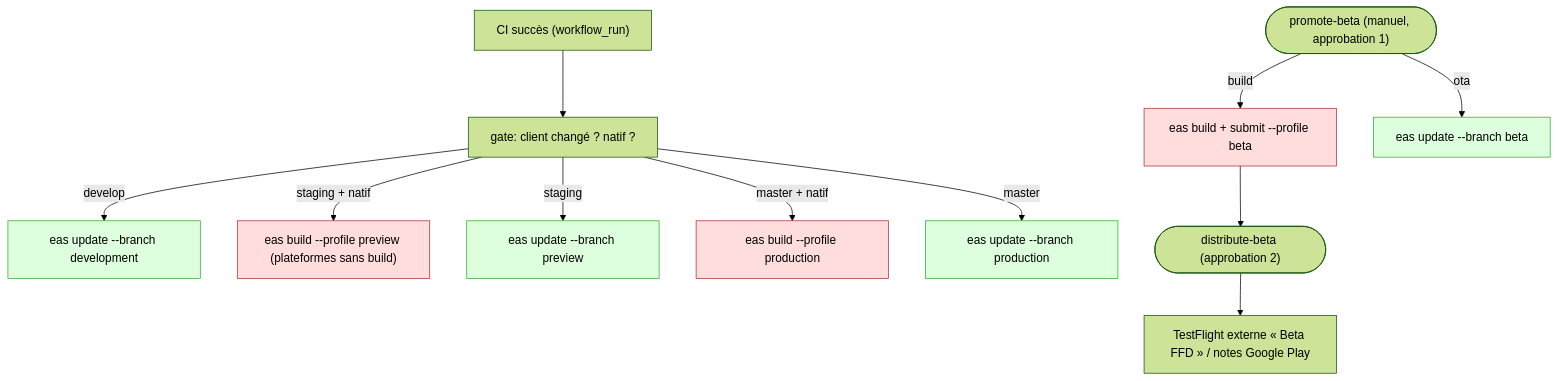
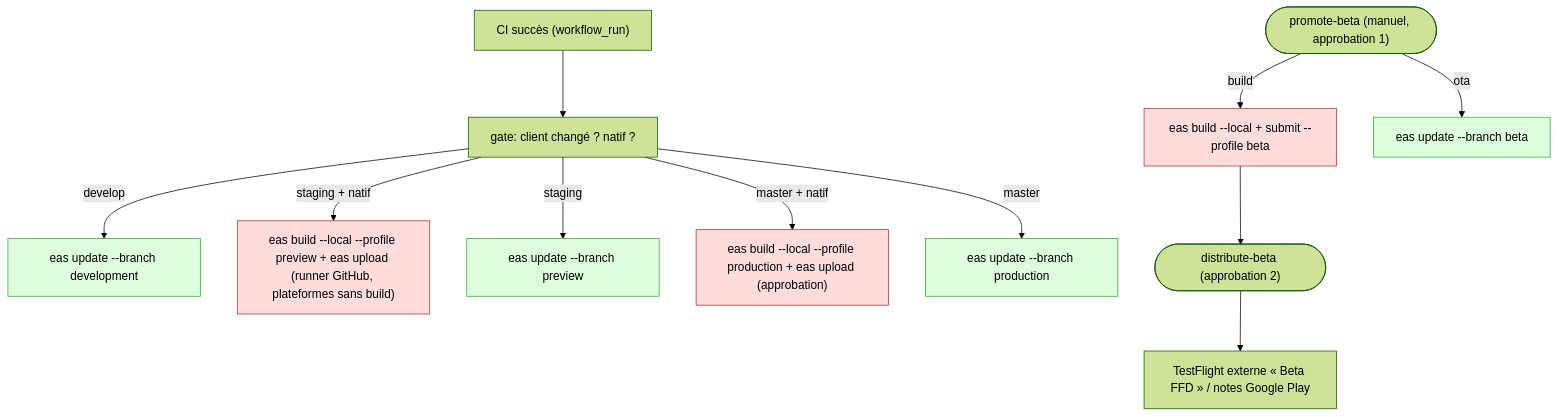
One commit to SIMOND-ANCE-BROS/FFD-Connect changed the fourth of 5 diagrams in docs/exploitation/ci-cd.md. Above: the diagram before and after it, drawn with Mermaid (forest theme). The commit also changed other lines of this file and 3 other files, not shown here.

First line of the commit message:
ci(eas): build preview and production natively on GitHub runners

````diff
--- a/docs/exploitation/ci-cd.md
+++ b/docs/exploitation/ci-cd.md
@@ -232,18 +236,18 @@
 ```mermaid
 flowchart TD
     ci["CI succès (workflow_run)"] --> g["gate: client changé ? natif ?"]
     g -->|develop| d1["eas update --branch development"]
-    g -->|staging + natif| s1["eas build --profile preview (plateformes sans build)"]
+    g -->|staging + natif| s1["eas build --local --profile preview + eas upload (runner GitHub, plateformes sans build)"]
     g -->|staging| s2["eas update --branch preview"]
-    g -->|master + natif| m1["eas build --profile production"]
+    g -->|master + natif| m1["eas build --local --profile production + eas upload (approbation)"]
     g -->|master| m2["eas update --branch production"]
-    manual(["promote-beta (manuel, approbation 1)"]) -->|build| b1["eas build + submit --profile beta"]
+    manual(["promote-beta (manuel, approbation 1)"]) -->|build| b1["eas build --local + submit --profile beta"]
     b1 --> dist(["distribute-beta (approbation 2)"])
     dist --> b3["TestFlight externe « Beta FFD » / notes Google Play"]
     manual -->|ota| b2["eas update --branch beta"]
 
     classDef ota fill:#dfd,stroke:#3a3;
     classDef native fill:#fdd,stroke:#a33;
     class d1,s2,m2,b2 ota;
     class s1,m1,b1 native;
 ```
````
